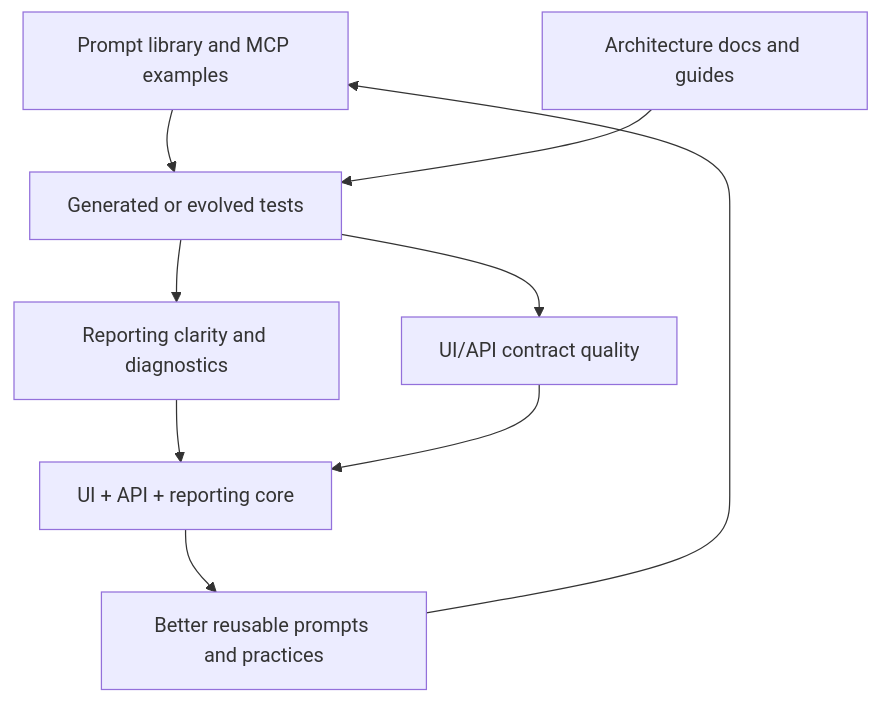
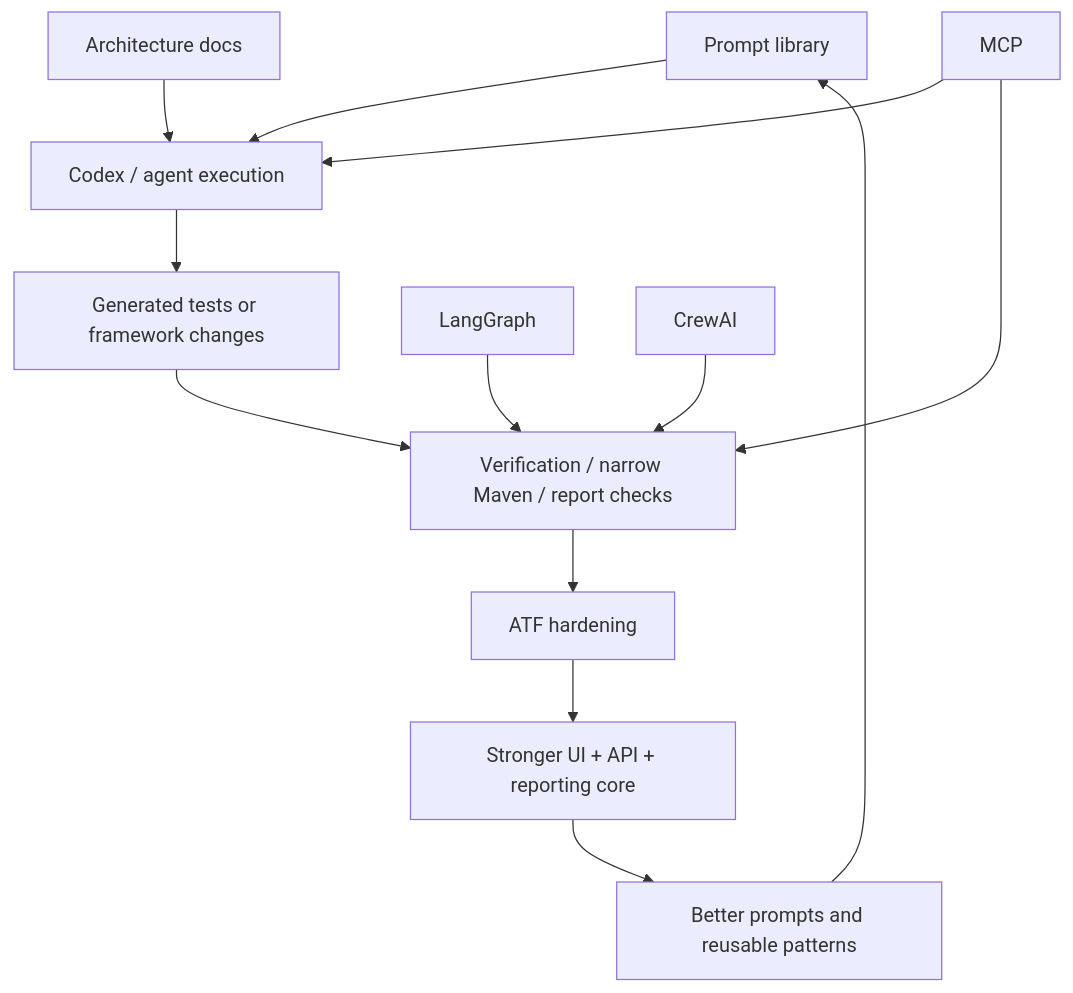
The second of 4 diagrams in README.md (crististefanita/demo3), drawn with Mermaid before and after one commit. The commit also changed other lines of this file, not shown here.

Commit message:
Improving readme and add tests (quick force)

````diff
--- a/README.md
+++ b/README.md
@@ -109,11 +115,15 @@
 ```mermaid
 flowchart TD
-    Prompts["Prompt library and MCP examples"] --> Experiments["Generated or evolved tests"]
-    Guides["Architecture docs and guides"] --> Experiments
-    Experiments --> Reports["Reporting clarity and diagnostics"]
-    Experiments --> Contracts["UI/API contract quality"]
-    Reports --> Core["ATF core improvement"]
-    Contracts --> Core
-    Core["UI + API + reporting core"] --> BetterPrompts["Better reusable prompts and practices"]
+    Prompts["Prompt library"] --> Codex["Codex / agent execution"]
+    Docs["Architecture docs"] --> Codex
+    Codex --> Candidate["Generated tests or framework changes"]
+    Candidate --> Verifier["Verification / narrow Maven / report checks"]
+    Verifier --> Harden["ATF hardening"]
+    Harden --> Core["Stronger UI + API + reporting core"]
+    Core --> BetterPrompts["Better prompts and reusable patterns"]
     BetterPrompts --> Prompts
+    LangGraph["LangGraph"] --> Verifier
+    CrewAI["CrewAI"] --> Verifier
+    MCP["MCP"] --> Codex
+    MCP --> Verifier
 ```
````
